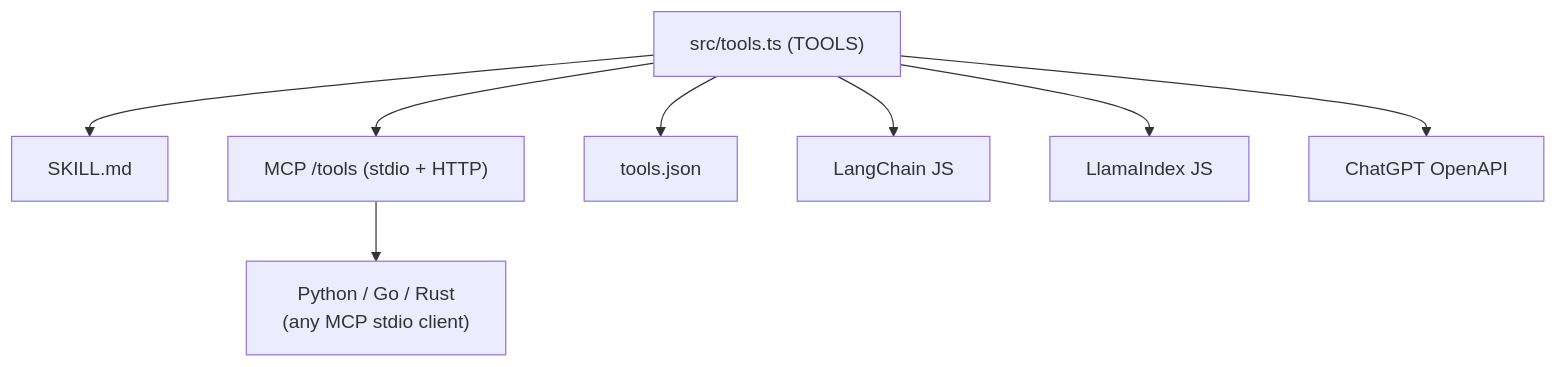
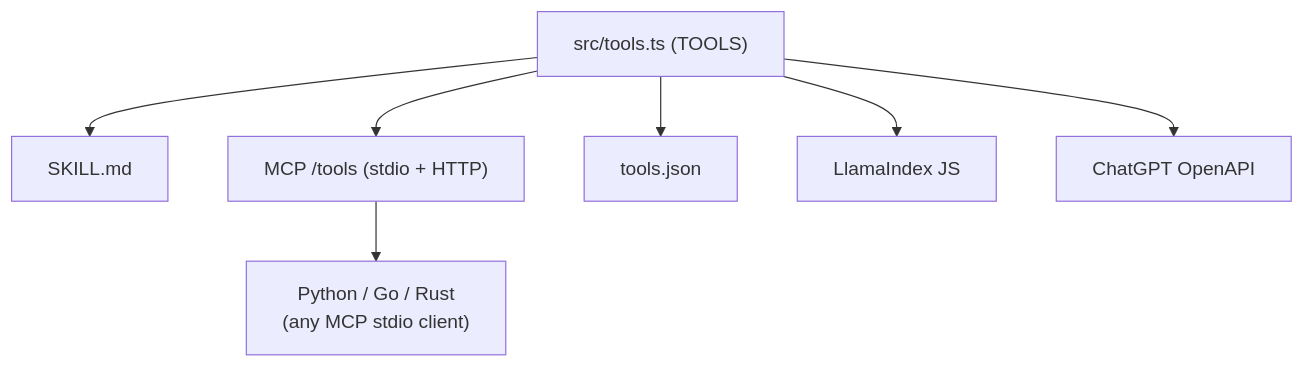
One commit to phamdat721101/payment-skill changed the second of 2 diagrams in README.md. Above: the diagram before and after it, drawn with Mermaid. The commit also changed other lines of this file, not shown here.

````diff
--- a/README.md
+++ b/README.md
@@ -354,10 +319,9 @@
 ```mermaid
 flowchart TB
     A["src/tools.ts (TOOLS)"] --> B[SKILL.md]
     A --> C["MCP /tools (stdio + HTTP)"]
     A --> D[tools.json]
-    A --> E[LangChain JS]
     A --> F[LlamaIndex JS]
     A --> G[ChatGPT OpenAPI]
     C --> H["Python / Go / Rust\n(any MCP stdio client)"]
 ```
````
